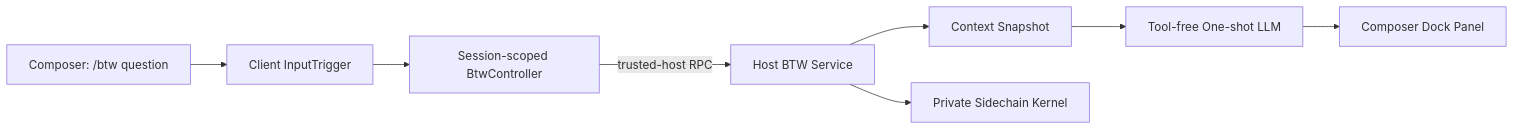
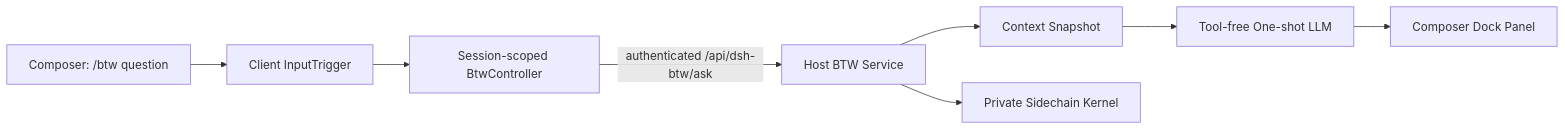
The diagram in README.md (iyllyt/dsh-btw), drawn with Mermaid before and after one commit. The commit also changed other lines of this file and 37 other files, not shown here.

Commit message:
feat: release 0.3.0 with DSH 0.1.5 API compatibility

````diff
--- a/README.md
+++ b/README.md
@@ -77,10 +77,10 @@
 ```mermaid
 flowchart LR
     A["Composer: /btw question"] --> B["Client InputTrigger"]
     B --> C["Session-scoped BtwController"]
-    C -->|"trusted-host RPC"| D["Host BTW Service"]
+    C -->|"authenticated /api/dsh-btw/ask"| D["Host BTW Service"]
     D --> E["Context Snapshot"]
     E --> F["Tool-free One-shot LLM"]
     D --> G["Private Sidechain Kernel"]
     F --> H["Composer Dock Panel"]
 ```
````
